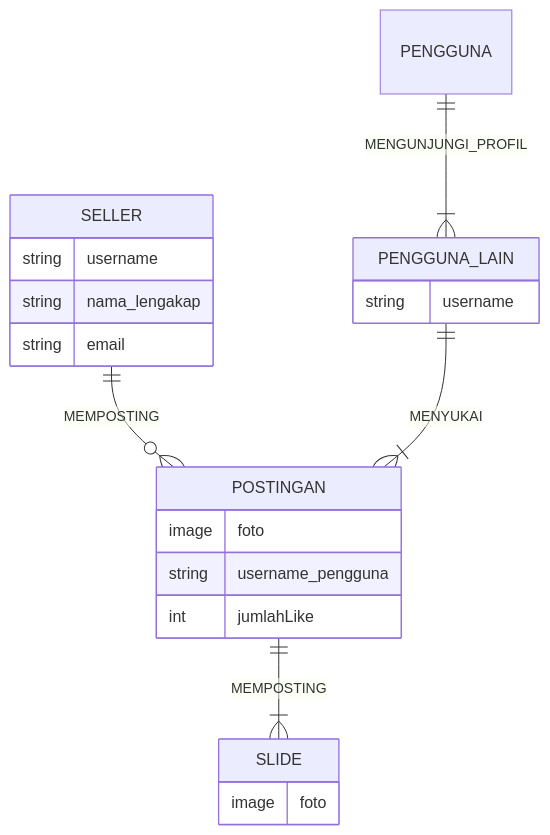
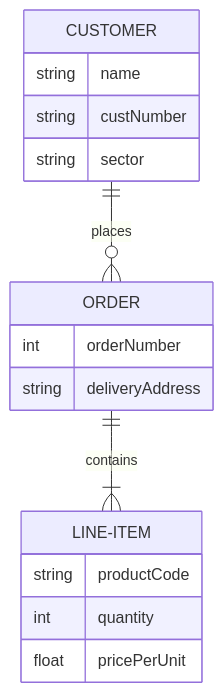
Before and after one commit to Hasbi2104/tugas-uts: the diagram in Curriculum Vitae Job.md, drawn with Mermaid.

Commit message:
Update Curriculum Vitae Job.md

````diff
--- a/Curriculum Vitae Job.md
+++ b/Curriculum Vitae Job.md
@@ -45,26 +45,19 @@
 ```mermaid
 erDiagram
-   SELLER ||--o{ POSTINGAN : MEMPOSTING
-   SELLER{
-      string username
-      string nama_lengakap
-      string email
+    CUSTOMER ||--o{ ORDER : places
+    CUSTOMER {
+        string name
+        string custNumber
+        string sector
     }
-
-    PENGGUNA_LAIN ||--|{ POSTINGAN : MENYUKAI
-    PENGGUNA_LAIN {
-      string username
-
+    ORDER ||--|{ LINE-ITEM : contains
+    ORDER {
+        int orderNumber
+        string deliveryAddress
     }
-
-    POSTINGAN {
-      image foto
-      string username_pengguna
-      int jumlahLike
-    }
-    PENGGUNA ||--|{ PENGGUNA_LAIN : MENGUNJUNGI_PROFIL
-    POSTINGAN ||--|{ SLIDE : MEMPOSTING
-    SLIDE{
-        image foto
+    LINE-ITEM {
+        string productCode
+        int quantity
+        float pricePerUnit
     }
 ```
````
